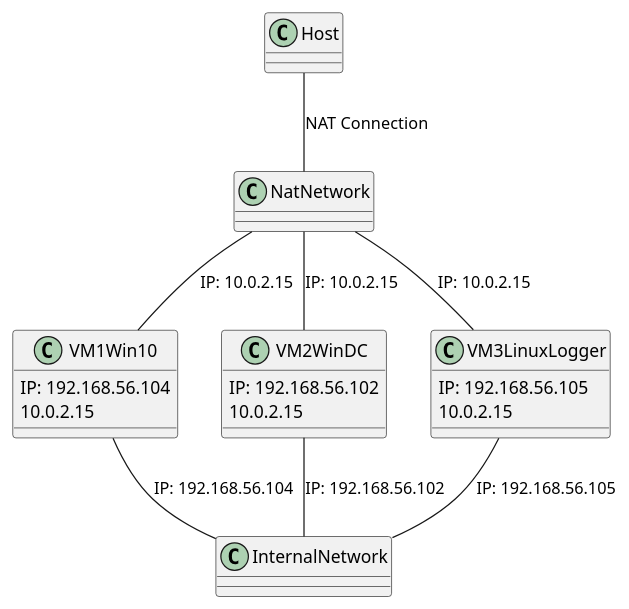
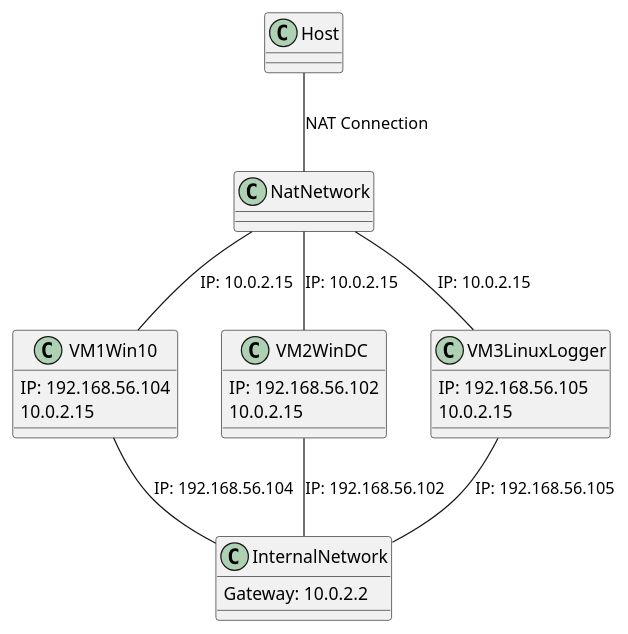
The diagram in docs/tech_daten/Netzwerk_Diagramm_P1.md (Blackrose-1337/M182_Docu_LB2), drawn with PlantUML before and after one commit. The commit also changed 10 other files, not shown here.

````diff
--- a/docs/tech_daten/Netzwerk_Diagramm_P1.md
+++ b/docs/tech_daten/Netzwerk_Diagramm_P1.md
@@ -3,37 +3,38 @@
 ```plantuml
 @startuml
 class Host {
 }
 
 class VM1Win10 {
   IP: 192.168.56.104
       10.0.2.15
 }
 
 class VM2WinDC {
   IP: 192.168.56.102
       10.0.2.15
 }
 
 class VM3LinuxLogger {
   IP: 192.168.56.105
       10.0.2.15
 }
 
 class InternalNetwork {
+    Gateway: 10.0.2.2
 }
 
 class NatNetwork {
 }
 
 Host -- NatNetwork : NAT Connection
 NatNetwork -- VM1Win10 : IP: 10.0.2.15
 NatNetwork -- VM2WinDC : IP: 10.0.2.15
 NatNetwork -- VM3LinuxLogger : IP: 10.0.2.15
 
 VM1Win10 -- InternalNetwork : IP: 192.168.56.104
 VM2WinDC -- InternalNetwork : IP: 192.168.56.102
 VM3LinuxLogger -- InternalNetwork : IP: 192.168.56.105
 
 @enduml
 ```
````
